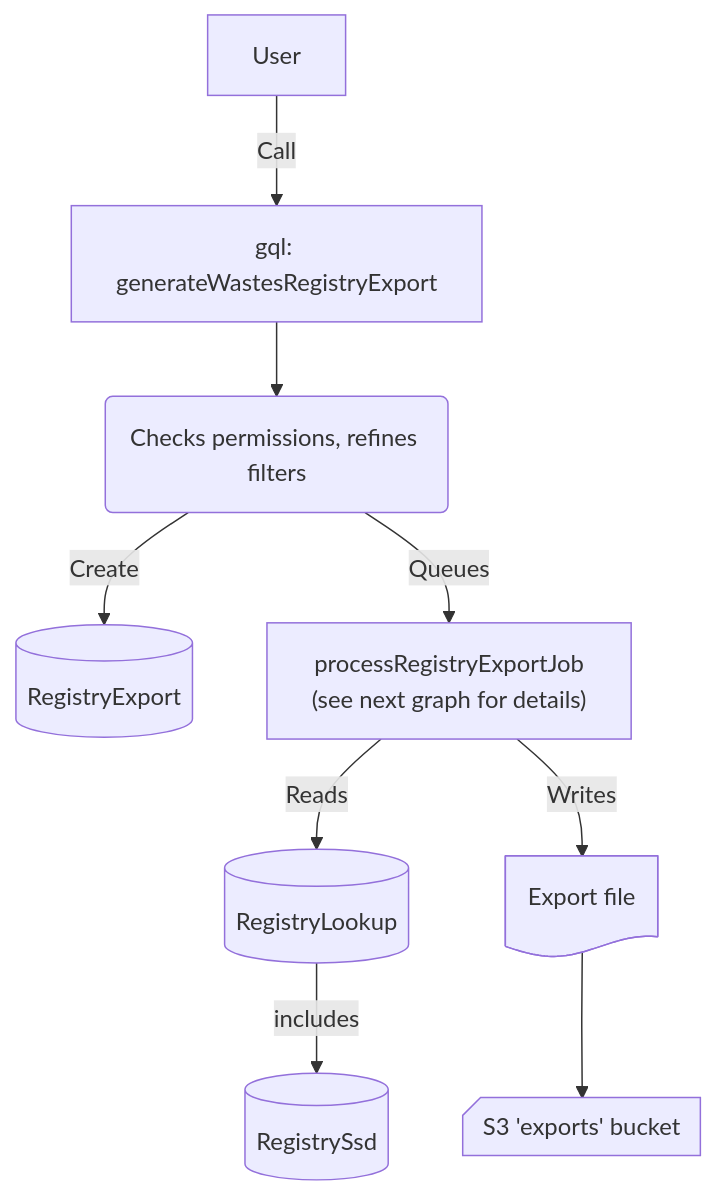
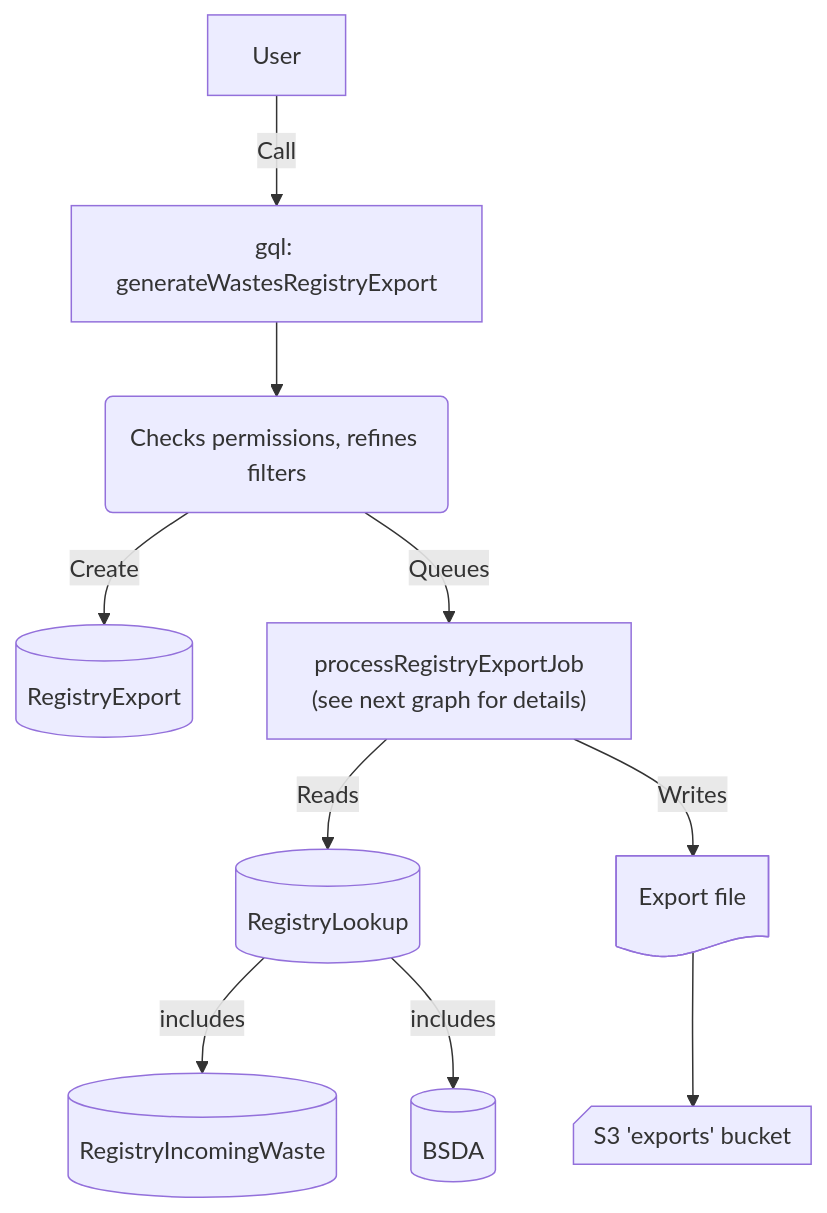
The third of 4 diagrams in docs/RegistryExportV2.md (MTES-MCT/trackdechets), drawn with Mermaid before and after one commit. The commit also changed other lines of this file, not shown here.

Commit message:
docs(RegistryV2): improve/actualize docs

````diff
--- a/docs/RegistryExportV2.md
+++ b/docs/RegistryExportV2.md
@@ -142,12 +158,13 @@
 ```mermaid
 flowchart TD
   user[User] -->|Call| exportGql[gql: generateWastesRegistryExport]
   exportGql --> resolver(Checks permissions, refines filters)
   resolver --> |Create| registryExport[(RegistryExport)]
   resolver --> |Queues| job["`processRegistryExportJob
   (see next graph for details)`"]
   job --> |Reads| registryLookup[(RegistryLookup)]
-  registryLookup --> |includes|RegistryObj[(RegistrySsd)]
+  registryLookup --> |includes|RegistryObj[(RegistryIncomingWaste)]
+  registryLookup --> |includes|BSDA[(BSDA)]
   job --> |Writes|file1@{ shape: doc, label: "Export file" }
   file1 --> S3Exports@{ shape: notch-rect, label: "S3 'exports' bucket" }
 ```
````
